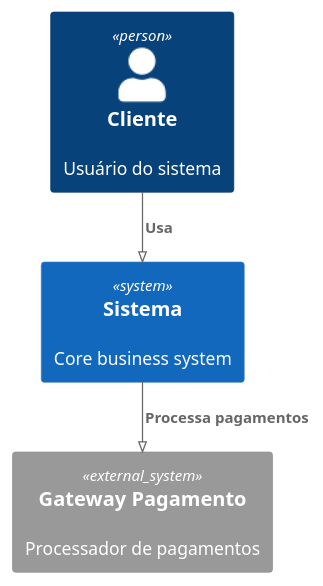
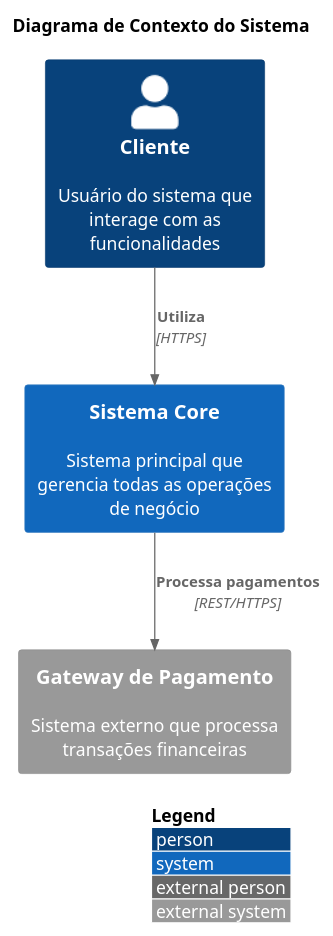
The diagram in diagrams/adr-039-context.puml (tiagonpsilva/architecture-decision-records), drawn with PlantUML before and after one commit. The commit also changed 30 other files, not shown here.

Commit message:
feat: atualização dos diagramas C4 e adição de novos ADRs (Redis, AWS, ElasticSearch, ArgoCD, Datadog)

```diff
--- a/diagrams/adr-039-context.puml
+++ b/diagrams/adr-039-context.puml
@@ -1,12 +1,15 @@
 @startuml
-!pragma layout smetana
-' version 1.2023.7
-!include C4_Context.puml
+!include https://raw.githubusercontent.com/plantuml-stdlib/C4-PlantUML/master/C4_Context.puml
 
-Person(customer, "Cliente", "Usuário do sistema")
-System(system, "Sistema", "Core business system")
-System_Ext(payment, "Gateway Pagamento", "Processador de pagamentos")
+LAYOUT_WITH_LEGEND()
 
-Rel(customer, system, "Usa")
-Rel(system, payment, "Processa pagamentos")
+title Diagrama de Contexto do Sistema
+
+Person(customer, "Cliente", "Usuário do sistema que interage com as funcionalidades")
+System(system, "Sistema Core", "Sistema principal que gerencia todas as operações de negócio")
+System_Ext(payment, "Gateway de Pagamento", "Sistema externo que processa transações financeiras")
+
+Rel(customer, system, "Utiliza", "HTTPS")
+Rel(system, payment, "Processa pagamentos", "REST/HTTPS")
+
 @enduml 
```
